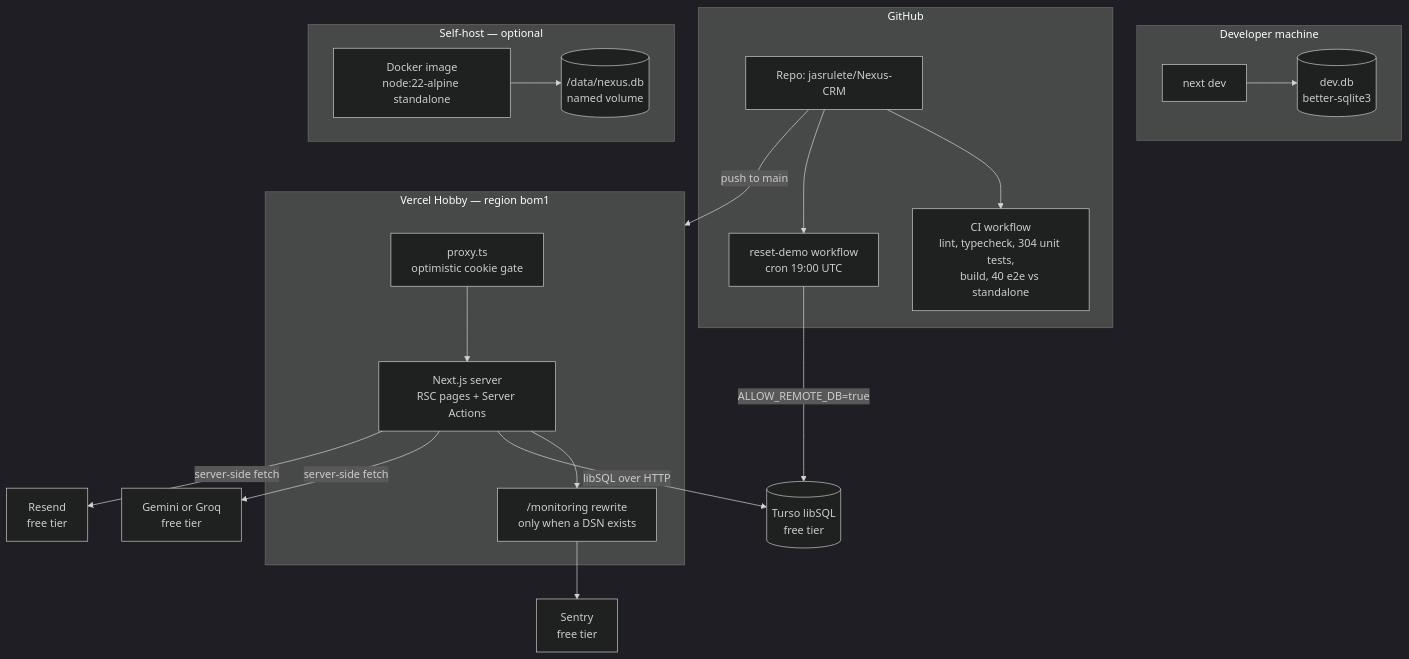
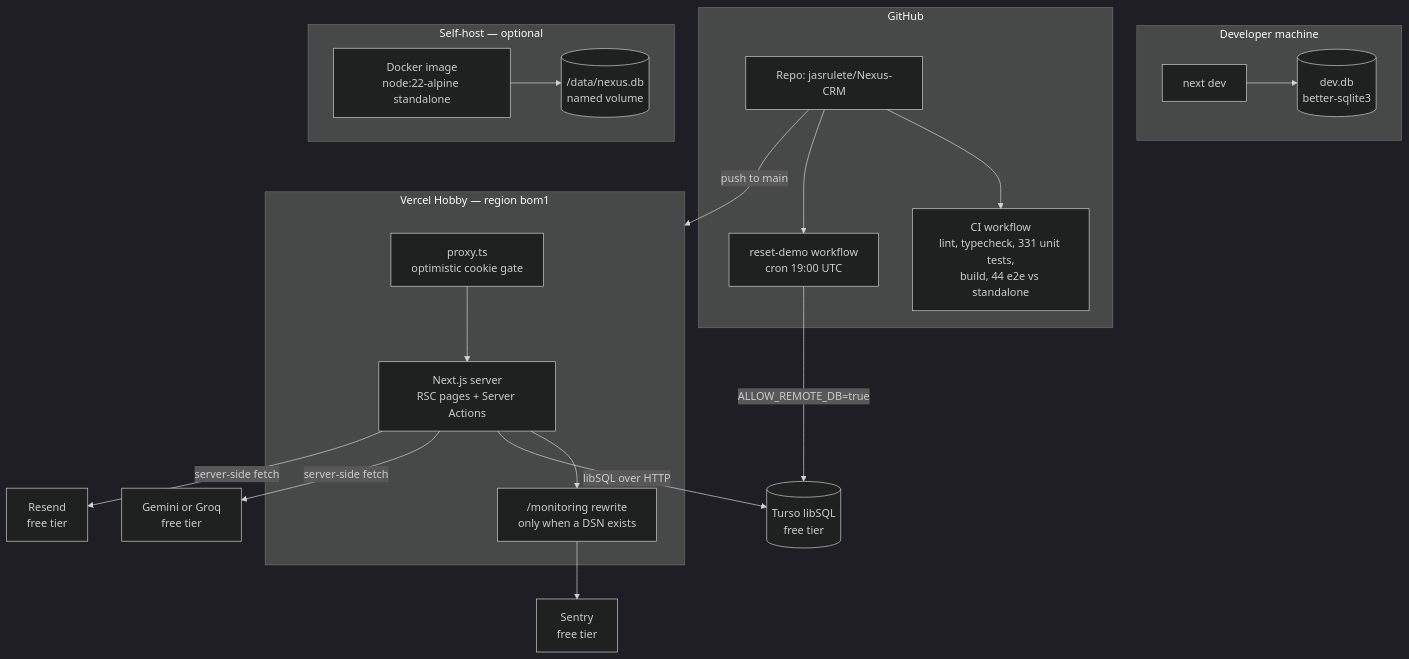
One commit to jasrulete/Nexus-CRM changed the first of 2 diagrams in docs/TECHNICAL-DESIGN.md. Above: the diagram before and after it, drawn with Mermaid (dark theme). The commit also changed other lines of this file and 23 other files, not shown here.

````diff
--- a/docs/TECHNICAL-DESIGN.md
+++ b/docs/TECHNICAL-DESIGN.md
@@ -82,42 +82,42 @@
 ```mermaid
 flowchart TB
     subgraph dev["Developer machine"]
         NEXTDEV["next dev"]
         FILE[("dev.db<br/>better-sqlite3")]
         NEXTDEV --> FILE
     end
 
     subgraph gh["GitHub"]
         REPO["Repo: jasrulete/Nexus-CRM"]
-        CI["CI workflow<br/>lint, typecheck, 304 unit tests,<br/>build, 40 e2e vs standalone"]
+        CI["CI workflow<br/>lint, typecheck, 331 unit tests,<br/>build, 44 e2e vs standalone"]
         RESET["reset-demo workflow<br/>cron 19:00 UTC"]
         REPO --> CI
         REPO --> RESET
     end
 
     subgraph vercel["Vercel Hobby — region bom1"]
         PROXY["proxy.ts<br/>optimistic cookie gate"]
         APP["Next.js server<br/>RSC pages + Server Actions"]
         TUNNEL["/monitoring rewrite<br/>only when a DSN exists"]
         PROXY --> APP
         APP --> TUNNEL
     end
 
     subgraph selfhost["Self-host — optional"]
         DOCKER["Docker image<br/>node:22-alpine standalone"]
         VOL[("/data/nexus.db<br/>named volume")]
         DOCKER --> VOL
     end
 
     TURSO[("Turso libSQL<br/>free tier")]
     AI["Gemini or Groq<br/>free tier"]
     RESEND["Resend<br/>free tier"]
     SENTRY["Sentry<br/>free tier"]
 
     REPO -- "push to main" --> vercel
     APP -- "libSQL over HTTP" --> TURSO
     RESET -- "ALLOW_REMOTE_DB=true" --> TURSO
     APP -- "server-side fetch" --> AI
     APP -- "server-side fetch" --> RESEND
     TUNNEL --> SENTRY
 ```
````
